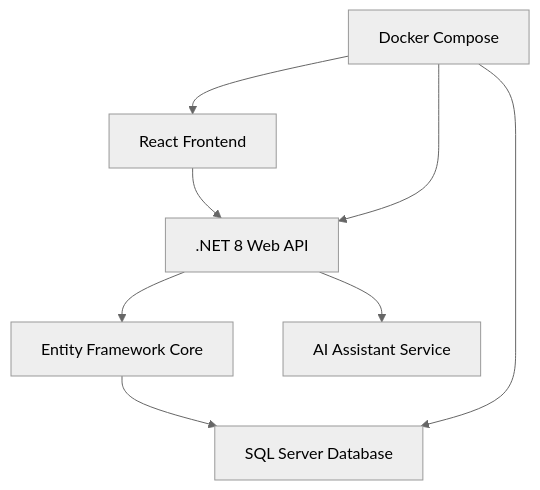
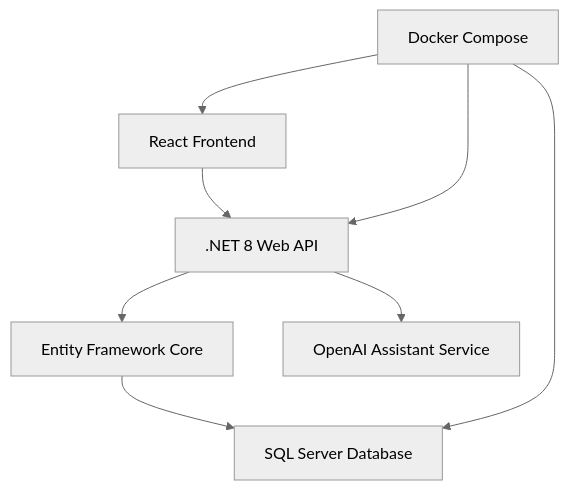
The diagram in README.md (peterpo2/AIPharm), drawn with Mermaid (neutral theme) before and after one commit. The commit also changed other lines of this file and 2 other files, not shown here.

````diff
--- a/README.md
+++ b/README.md
@@ -117,10 +30,10 @@
 ```mermaid
 graph TB
     A[React Frontend] --> B[.NET 8 Web API]
     B --> C[Entity Framework Core]
     C --> D[SQL Server Database]
-    B --> E[AI Assistant Service]
+    B --> E[OpenAI Assistant Service]
     F[Docker Compose] --> A
     F --> B
     F --> D
 ```
````
